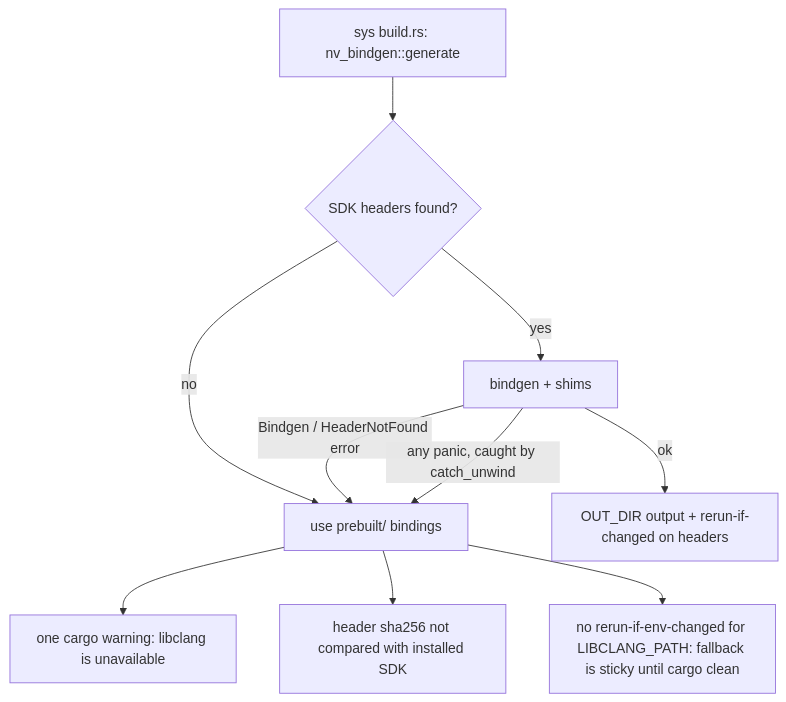
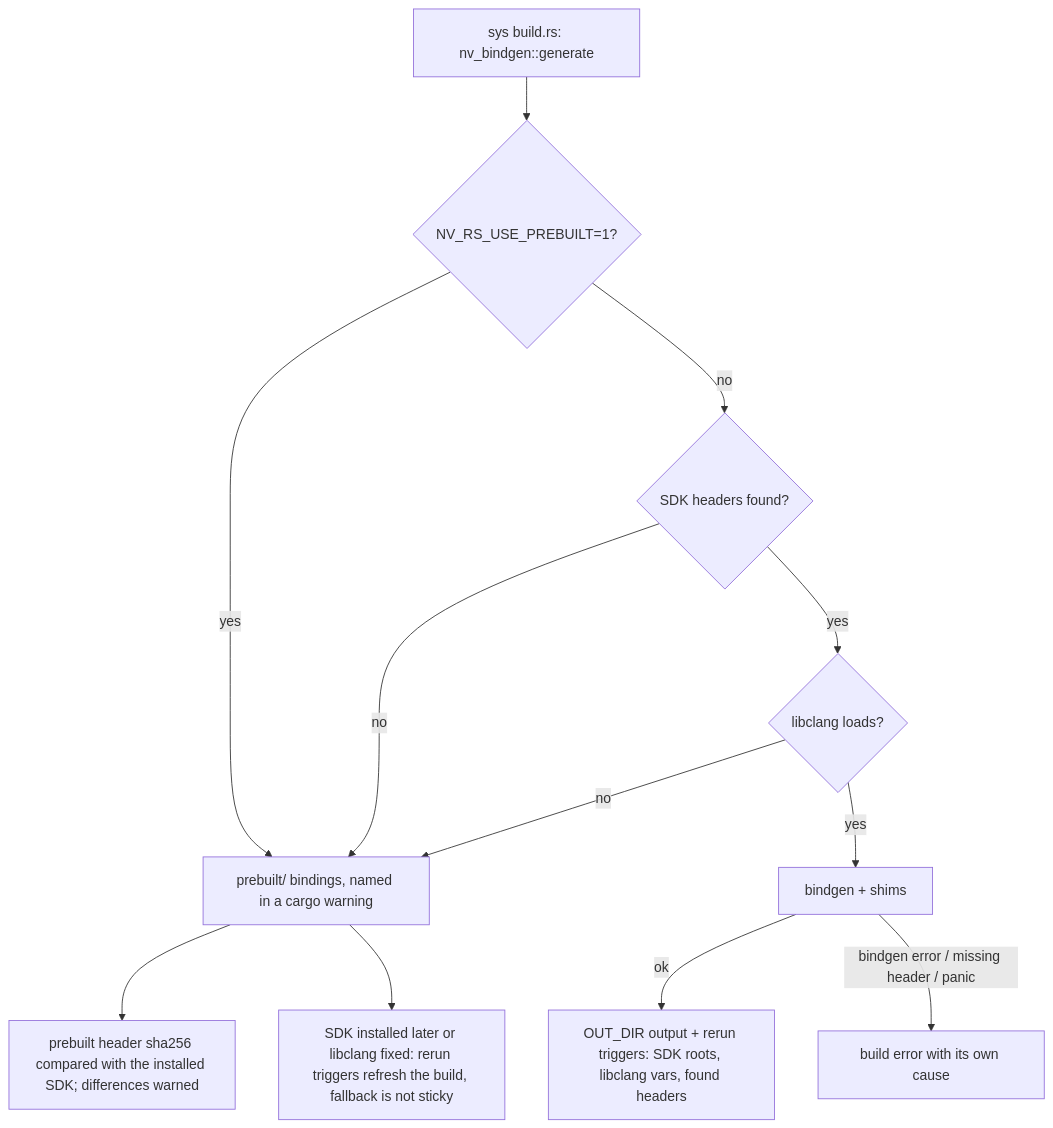
One commit to ssoj13/nv-rs changed the seventh of 8 diagrams in DIAGRAMS.md. Above: the diagram before and after it, drawn with Mermaid. The commit also changed other lines of this file and 9 other files, not shown here.

````diff
--- a/DIAGRAMS.md
+++ b/DIAGRAMS.md
@@ -135,12 +137,14 @@
 ```mermaid
 flowchart TD
-    A[sys build.rs: nv_bindgen::generate] --> B{SDK headers found?}
-    B -- no --> P[use prebuilt/ bindings]
-    B -- yes --> C[bindgen + shims]
-    C -- ok --> O[OUT_DIR output + rerun-if-changed on headers]
-    C -- Bindgen / HeaderNotFound error --> P
-    C -- any panic, caught by catch_unwind --> P
-    P --> W[one cargo warning: libclang is unavailable]
-    P --> X[header sha256 not compared with installed SDK]
-    P --> Y[no rerun-if-env-changed for LIBCLANG_PATH: fallback is sticky until cargo clean]
+    A[sys build.rs: nv_bindgen::generate] --> R{NV_RS_USE_PREBUILT=1?}
+    R -- yes --> P[prebuilt/ bindings, named in a cargo warning]
+    R -- no --> B{SDK headers found?}
+    B -- no --> P
+    B -- yes --> L{libclang loads?}
+    L -- no --> P
+    L -- yes --> C[bindgen + shims]
+    C -- ok --> O[OUT_DIR output + rerun triggers: SDK roots, libclang vars, found headers]
+    C -- bindgen error / missing header / panic --> E[build error with its own cause]
+    P --> H[prebuilt header sha256 compared with the installed SDK; differences warned]
+    P --> Z[SDK installed later or libclang fixed: rerun triggers refresh the build, fallback is not sticky]
 ```
````
